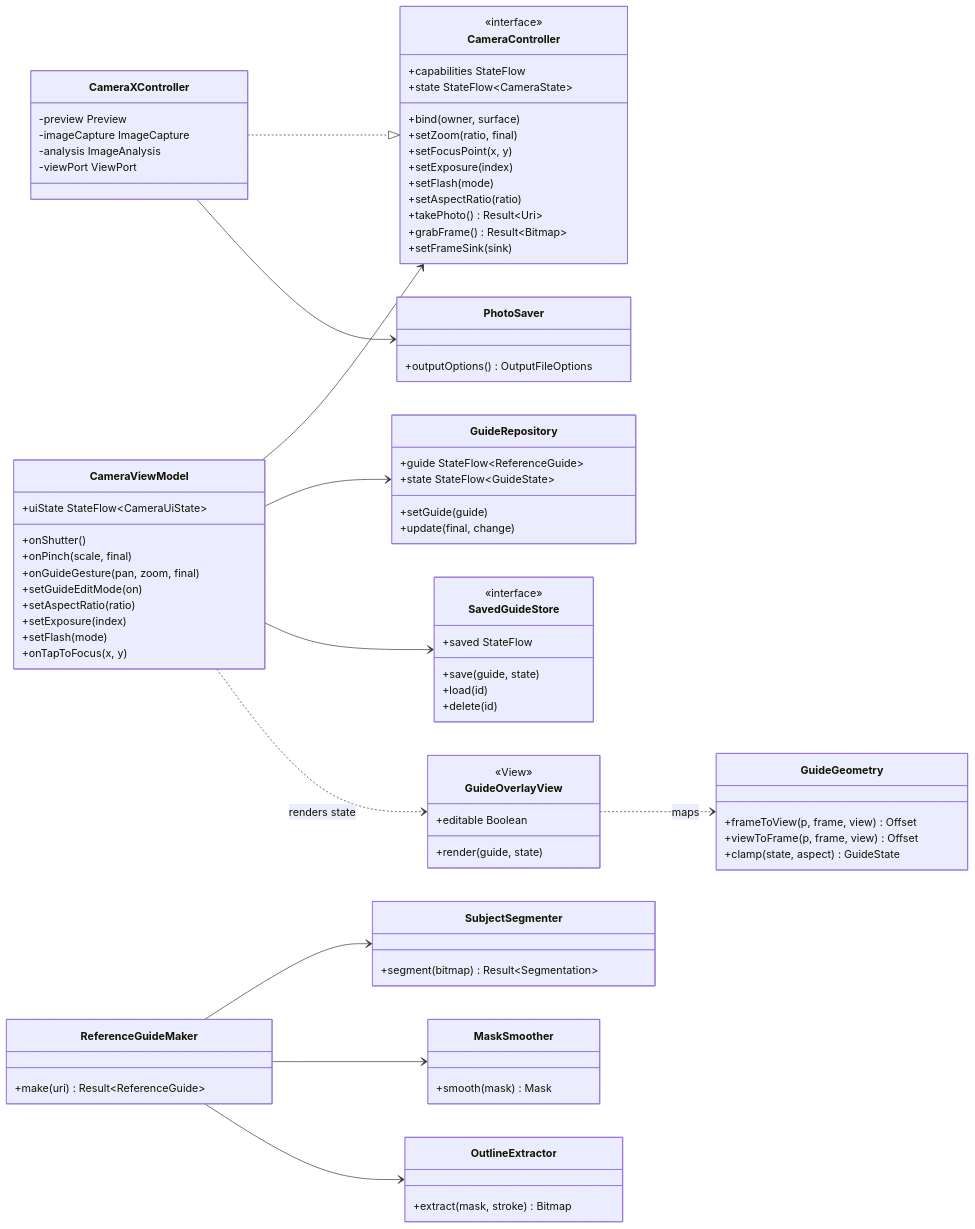
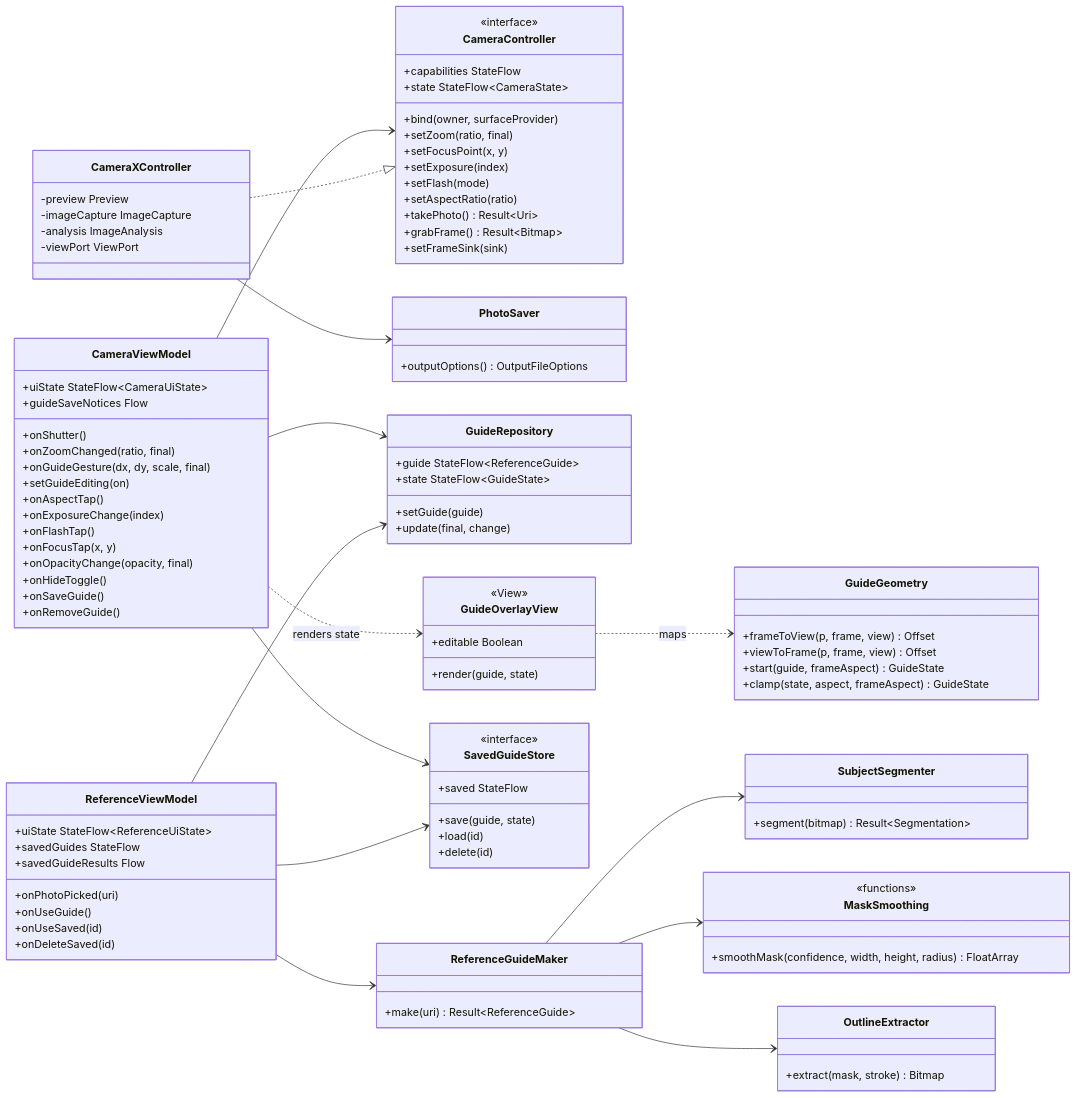
One commit to snuhcs-course/swpp-2026-project-team-10 changed the sixth of 12 diagrams in wiki/Design-Documentation.md. Above: the diagram before and after it, drawn with Mermaid. The commit also changed other lines of this file and 10 other files, not shown here.

````diff
--- a/wiki/Design-Documentation.md
+++ b/wiki/Design-Documentation.md
@@ -463,20 +480,34 @@
   direction LR
   class CameraViewModel {
     +uiState StateFlow~CameraUiState~
+    +guideSaveNotices Flow
     +onShutter()
-    +onPinch(scale, final)
-    +onGuideGesture(pan, zoom, final)
-    +setGuideEditMode(on)
-    +setAspectRatio(ratio)
-    +setExposure(index)
-    +setFlash(mode)
-    +onTapToFocus(x, y)
+    +onZoomChanged(ratio, final)
+    +onGuideGesture(dx, dy, scale, final)
+    +setGuideEditing(on)
+    +onAspectTap()
+    +onExposureChange(index)
+    +onFlashTap()
+    +onFocusTap(x, y)
+    +onOpacityChange(opacity, final)
+    +onHideToggle()
+    +onSaveGuide()
+    +onRemoveGuide()
+  }
+  class ReferenceViewModel {
+    +uiState StateFlow~ReferenceUiState~
+    +savedGuides StateFlow
+    +savedGuideResults Flow
+    +onPhotoPicked(uri)
+    +onUseGuide()
+    +onUseSaved(id)
+    +onDeleteSaved(id)
   }
   class CameraController {
     <<interface>>
     +capabilities StateFlow
     +state StateFlow~CameraState~
-    +bind(owner, surface)
+    +bind(owner, surfaceProvider)
     +setZoom(ratio, final)
     +setFocusPoint(x, y)
     +setExposure(index)
@@ -507,8 +538,9 @@
   class SubjectSegmenter {
     +segment(bitmap) Result~Segmentation~
   }
-  class MaskSmoother {
-    +smooth(mask) Mask
+  class MaskSmoothing {
+    <<functions>>
+    +smoothMask(confidence, width, height, radius) FloatArray
   }
   class OutlineExtractor {
     +extract(mask, stroke) Bitmap
@@ -523,7 +555,8 @@
   class GuideGeometry {
     +frameToView(p, frame, view) Offset
     +viewToFrame(p, frame, view) Offset
-    +clamp(state, aspect) GuideState
+    +start(guide, frameAspect) GuideState
+    +clamp(state, aspect, frameAspect) GuideState
   }
   class GuideOverlayView {
     <<View>>
@@ -535,9 +568,12 @@
   CameraXController ..|> CameraController
   CameraXController --> PhotoSaver
   ReferenceGuideMaker --> SubjectSegmenter
-  ReferenceGuideMaker --> MaskSmoother
+  ReferenceGuideMaker --> MaskSmoothing
   ReferenceGuideMaker --> OutlineExtractor
   CameraViewModel --> SavedGuideStore
+  ReferenceViewModel --> ReferenceGuideMaker
+  ReferenceViewModel --> GuideRepository
+  ReferenceViewModel --> SavedGuideStore
   CameraViewModel ..> GuideOverlayView : renders state
   GuideOverlayView ..> GuideGeometry : maps
 ```
````
